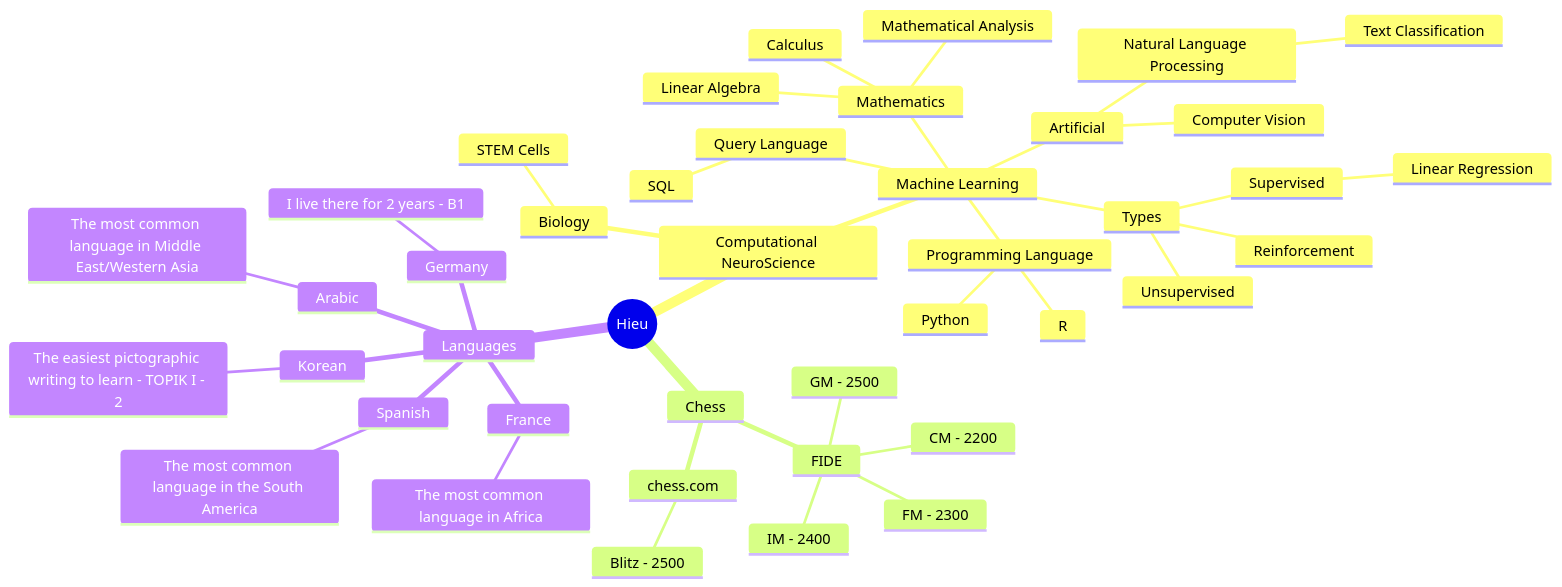
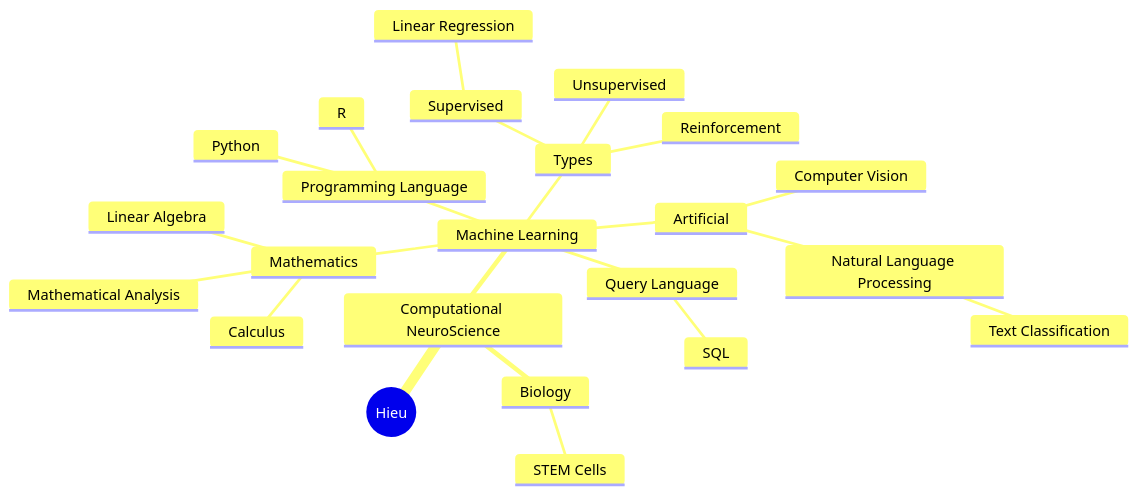
Before and after one commit to hieudoanm/hieudoanm.archived: the diagram in markdown/personal/README.md, drawn with Mermaid. The commit also changed 1 other file, not shown here.

````diff
--- a/markdown/personal/README.md
+++ b/markdown/personal/README.md
@@ -3,45 +3,26 @@
 ```mermaid
 mindmap
   root((Hieu))
     Computational NeuroScience
       Biology
         STEM Cells
       Machine Learning
         Programming Language
           Python
           R
         Query Language
           SQL
         Mathematics
           Linear Algebra
           Calculus
           Mathematical Analysis
         Types
           Supervised
             Linear Regression
           Unsupervised
           Reinforcement
         Artificial
           Natural Language Processing
             Text Classification
           Computer Vision
-    Chess
-      chess.com
-        Blitz - 2500
-      FIDE
-        CM - 2200
-        FM - 2300
-        IM - 2400
-        GM - 2500
-    Languages
-      Germany
-        I live there for 2 years - B1
-      Korean
-        The easiest pictographic writing to learn - TOPIK I - 2
-      Spanish
-        The most common language in the South America
-      France
-        The most common language in Africa
-      Arabic
-        The most common language in Middle East/Western Asia
 ```
````
